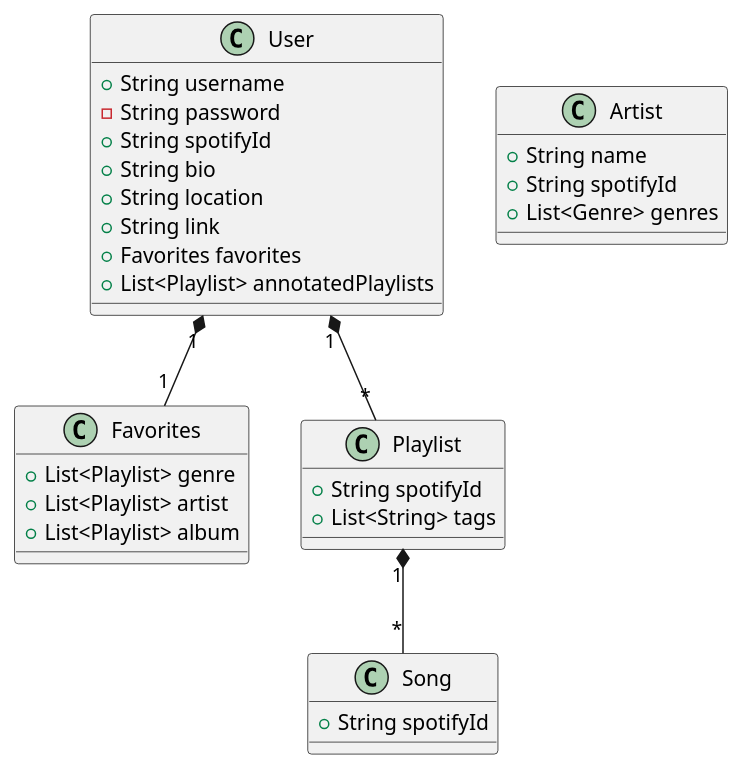
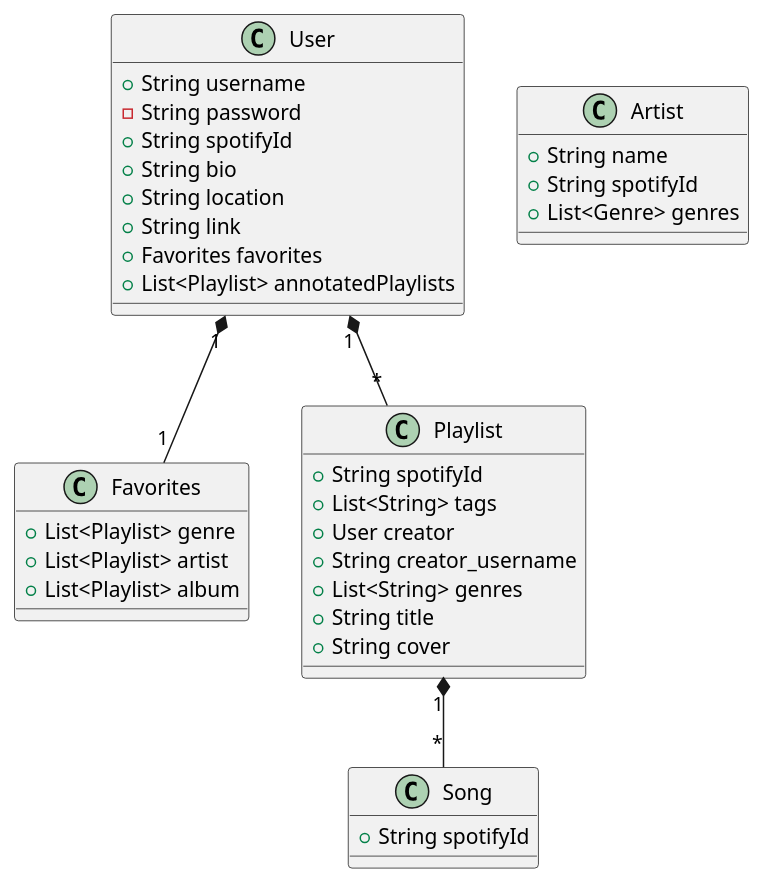
Before and after one commit to kadelk04/Spinterest: the diagram in db_structure.puml, drawn with PlantUML.

Commit message:
cant pull idk why

```diff
--- a/db_structure.puml
+++ b/db_structure.puml
@@ -2,44 +2,49 @@
 @startuml db_structure
 'Users structure'
 class User {
     +String username
     -String password
     +String spotifyId
     +String bio
     +String location
     +String link
     +Favorites favorites
     +List<Playlist> annotatedPlaylists
 }
 
 'Favorites structure'
 class Favorites {
     +List<Playlist> genre
     +List<Playlist> artist
     +List<Playlist> album
 }
 
 'Playlist structure'
 class Playlist {
     +String spotifyId
     +List<String> tags
+    +User creator
+    +String creator_username
+    +List<String> genres
+    +String title
+    +String cover
 }
 
 'Song structure'
 class Song {
     +String spotifyId
 }
 
 'Artist structure'
 class Artist {
     +String name
     +String spotifyId
     +List<Genre> genres
 }
 
 Playlist "1" *-- "*" Song
 
 User "1" *-- "*" Playlist
 
 User "1" *-- "1" Favorites
 @enduml
```
